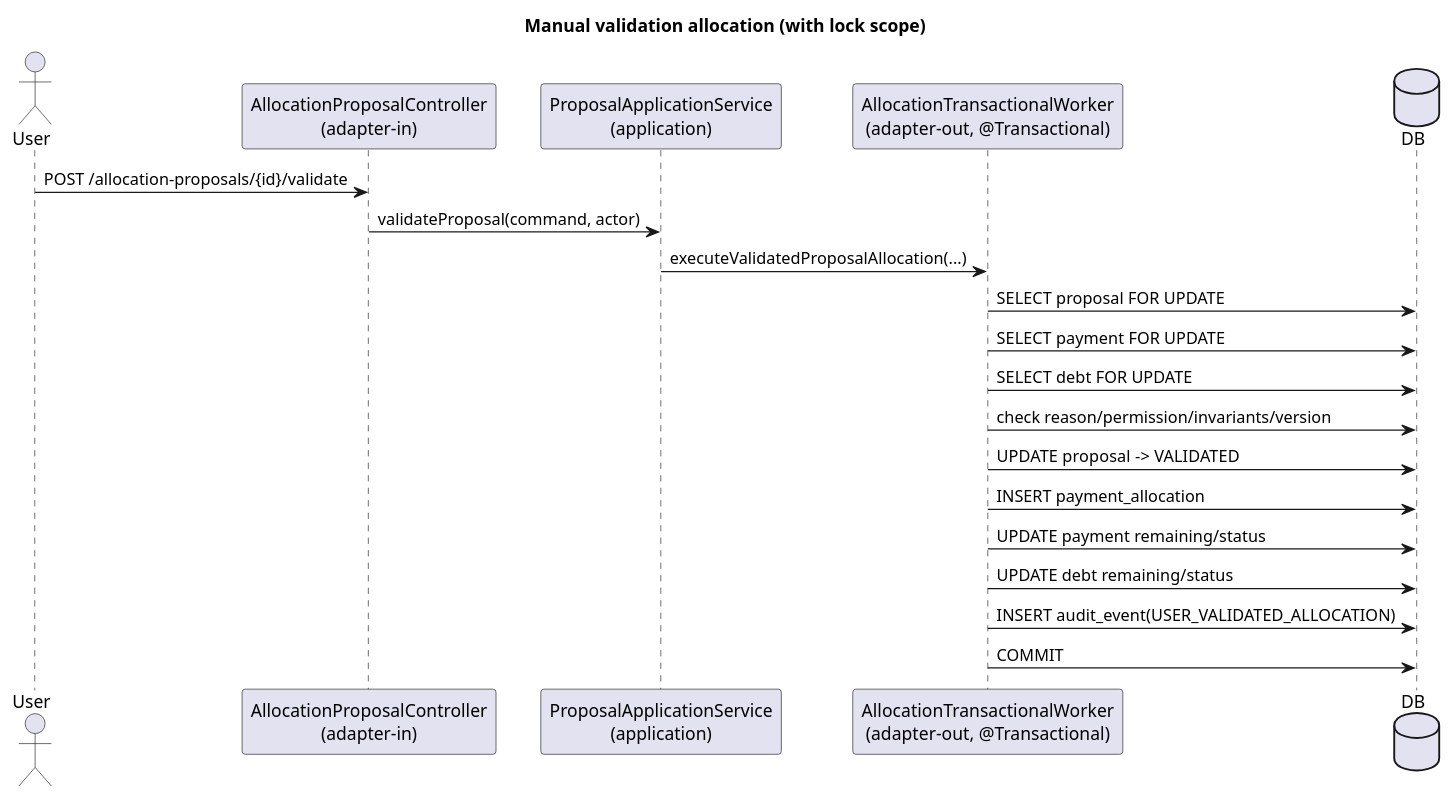
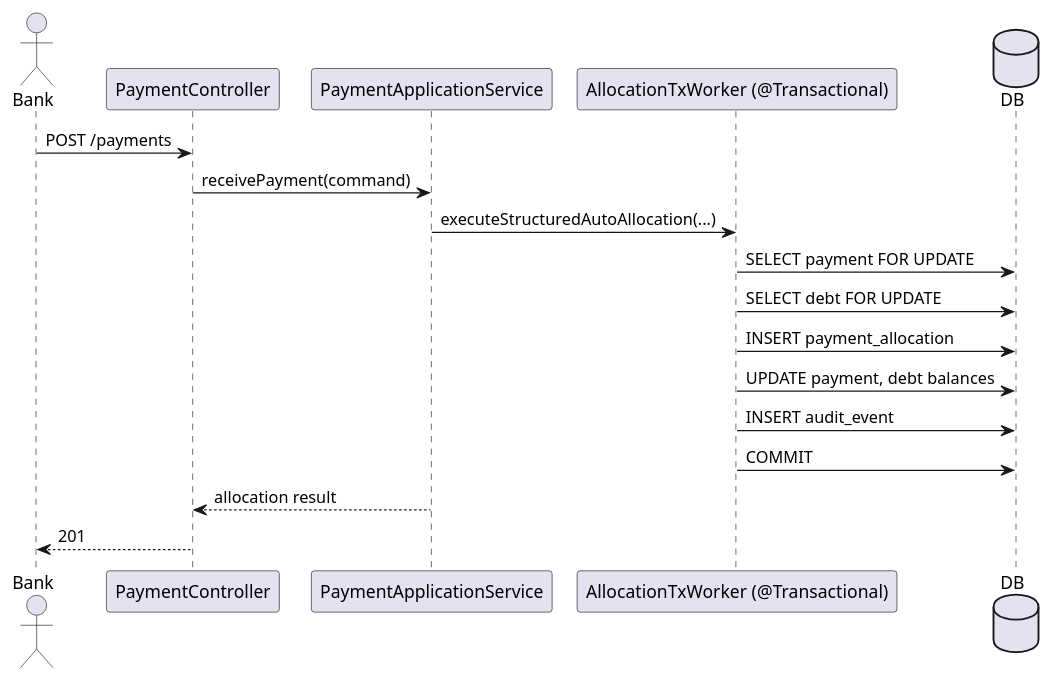
Before and after one commit to jfmauro/allocation: the fourth of 4 diagrams in .opencode/plans/architecture-plan.md, drawn with PlantUML. The commit also changed other lines of this file and 145 other files, not shown here.

````diff
--- a/.opencode/plans/architecture-plan.md
+++ b/.opencode/plans/architecture-plan.md
@@ -248,24 +214,21 @@
 ```plantuml
 @startuml
-title Manual validation allocation (with lock scope)
-actor User
-participant "AllocationProposalController\n(adapter-in)" as API
-participant "ProposalApplicationService\n(application)" as APP
-participant "AllocationTransactionalWorker\n(adapter-out, @Transactional)" as W
-database "DB" as DB
+actor Bank
+participant PaymentController
+participant PaymentApplicationService
+participant AllocationTxWorker as "AllocationTxWorker (@Transactional)"
+database DB
 
-User -> API: POST /allocation-proposals/{id}/validate
-API -> APP: validateProposal(command, actor)
-APP -> W: executeValidatedProposalAllocation(...)
-W -> DB: SELECT proposal FOR UPDATE
-W -> DB: SELECT payment FOR UPDATE
-W -> DB: SELECT debt FOR UPDATE
-W -> DB: check reason/permission/invariants/version
-W -> DB: UPDATE proposal -> VALIDATED
-W -> DB: INSERT payment_allocation
-W -> DB: UPDATE payment remaining/status
-W -> DB: UPDATE debt remaining/status
-W -> DB: INSERT audit_event(USER_VALIDATED_ALLOCATION)
-W -> DB: COMMIT
+Bank -> PaymentController: POST /payments
+PaymentController -> PaymentApplicationService: receivePayment(command)
+PaymentApplicationService -> AllocationTxWorker: executeStructuredAutoAllocation(...)
+AllocationTxWorker -> DB: SELECT payment FOR UPDATE
+AllocationTxWorker -> DB: SELECT debt FOR UPDATE
+AllocationTxWorker -> DB: INSERT payment_allocation
+AllocationTxWorker -> DB: UPDATE payment, debt balances
+AllocationTxWorker -> DB: INSERT audit_event
+AllocationTxWorker -> DB: COMMIT
+PaymentApplicationService --> PaymentController: allocation result
+PaymentController --> Bank: 201
 @enduml
 ```
````
